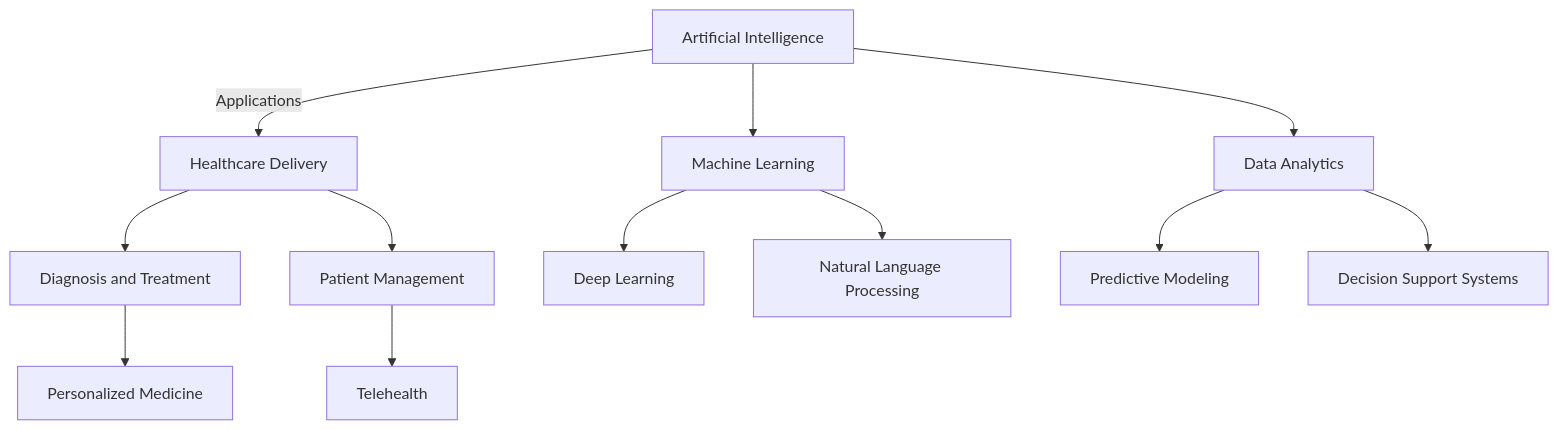
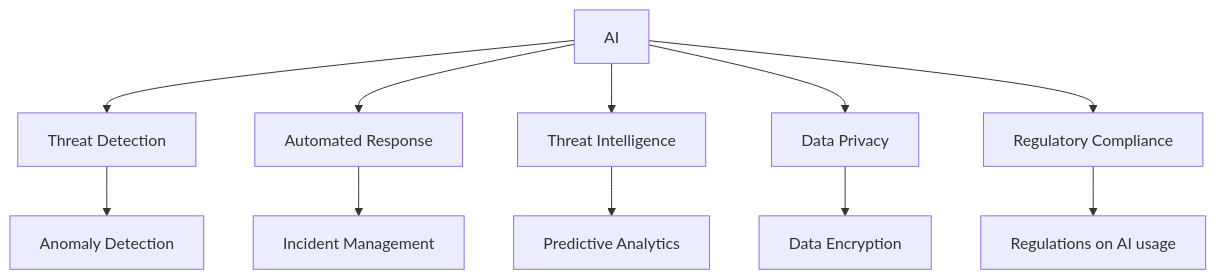
Before and after one commit to jainsamyak15/Research-Agent: the first of 4 diagrams in research_report_20250311.md, drawn with Mermaid. The commit also changed other lines of this file and 4 other files, not shown here.

````diff
--- a/research_report_20250311.md
+++ b/research_report_20250311.md
@@ -27,14 +40,13 @@
 ```mermaid
 graph TD;
-    A[Artificial Intelligence] -->|Applications| B[Healthcare Delivery]
-    A --> C[Machine Learning]
-    A --> D[Data Analytics]
-    B --> E[Diagnosis and Treatment]
-    B --> F[Patient Management]
-    C --> G[Deep Learning]
-    C --> H[Natural Language Processing]
-    D --> I[Predictive Modeling]
-    D --> J[Decision Support Systems]
-    E --> K[Personalized Medicine]
-    F --> L[Telehealth]
+    A[AI] --> B[Threat Detection]
+    A --> C[Automated Response]
+    A --> D[Threat Intelligence]
+    A --> E[Data Privacy]
+    A --> F[Regulatory Compliance]
+    B --> G[Anomaly Detection]
+    C --> H[Incident Management]
+    D --> I[Predictive Analytics]
+    E --> J[Data Encryption]
+    F --> K[Regulations on AI usage]
 ```
````
